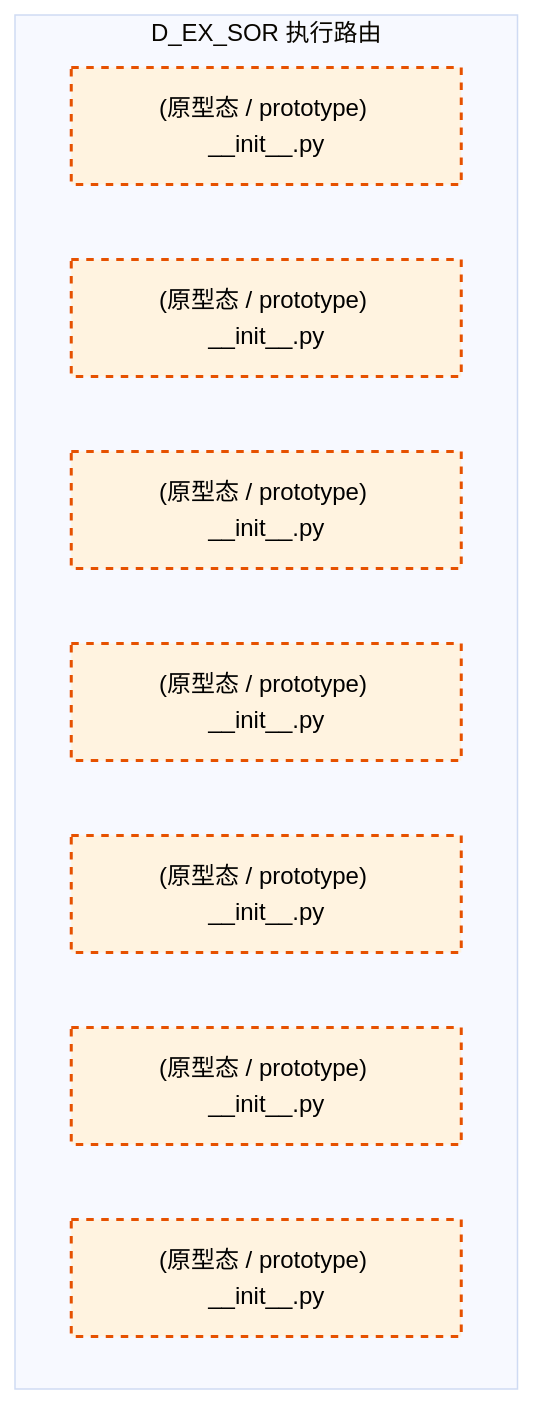
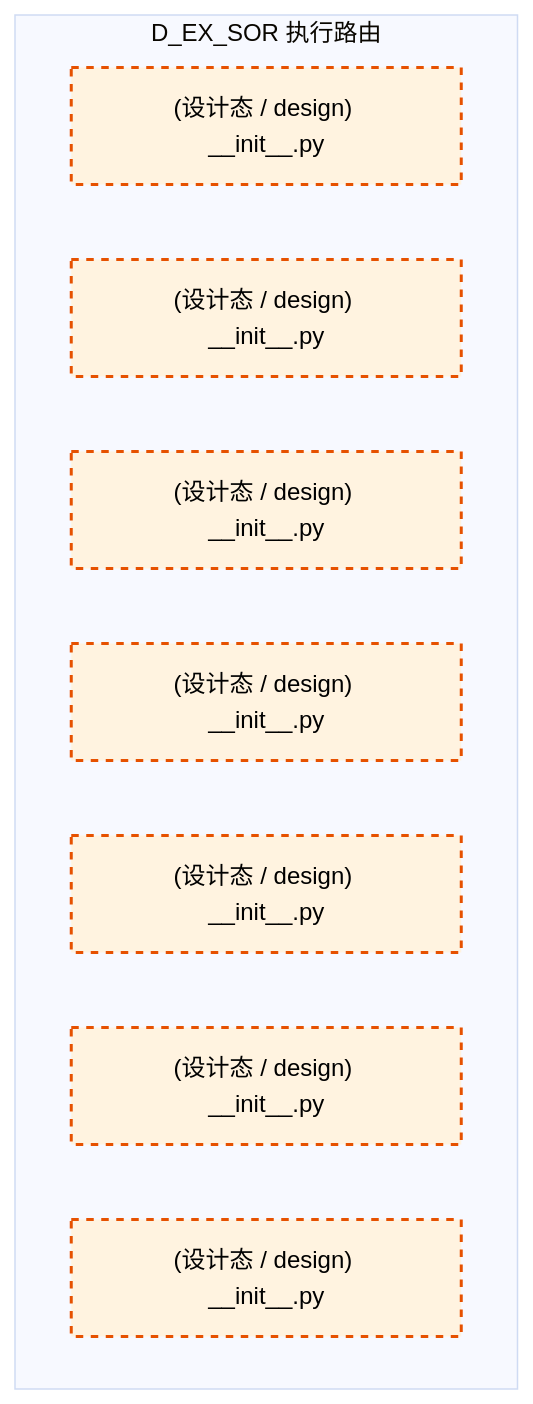
One commit to xuanFelixVan/ZephyrAlpha changed the second of 2 diagrams in docs/02_enterprise_architecture/02_domain_architecture_docs/35_d_ex_sor.md. Above: the diagram before and after it, drawn with Mermaid (base theme). The commit also changed other lines of this file and 177 other files, not shown here.

````diff
--- a/docs/02_enterprise_architecture/02_domain_architecture_docs/35_d_ex_sor.md
+++ b/docs/02_enterprise_architecture/02_domain_architecture_docs/35_d_ex_sor.md
@@ -103,17 +102,17 @@
 ```mermaid
 graph TD
     subgraph D_EX_SOR["D_EX_SOR 执行路由"]
-        src_zephyr_ex_sor_init_py["(原型态 / prototype) __init__.py"]
-        src_zephyr_ex_sor_extensions_init_py["(原型态 / prototype) __init__.py"]
-        src_zephyr_ex_sor_api_init_py["(原型态 / prototype) __init__.py"]
-        src_zephyr_ex_sor_core_init_py["(原型态 / prototype) __init__.py"]
-        src_zephyr_ex_sor_infrastructure_init_py["(原型态 / prototype) __init__.py"]
-        src_zephyr_ex_sor_models_init_py["(原型态 / prototype) __init__.py"]
-        src_zephyr_ex_sor_services_init_py["(原型态 / prototype) __init__.py"]
+        src_zephyr_ex_sor_init_py["(设计态 / design) __init__.py"]
+        src_zephyr_ex_sor_extensions_init_py["(设计态 / design) __init__.py"]
+        src_zephyr_ex_sor_api_init_py["(设计态 / design) __init__.py"]
+        src_zephyr_ex_sor_core_init_py["(设计态 / design) __init__.py"]
+        src_zephyr_ex_sor_infrastructure_init_py["(设计态 / design) __init__.py"]
+        src_zephyr_ex_sor_models_init_py["(设计态 / design) __init__.py"]
+        src_zephyr_ex_sor_services_init_py["(设计态 / design) __init__.py"]
     end
     classDef production fill:#e1f5fe,stroke:#01579b,stroke-width:2px,color:#000
     classDef design fill:#fff3e0,stroke:#e65100,stroke-width:2px,color:#000,stroke-dasharray: 5 5
     classDef external_prod fill:#e8f5e9,stroke:#1b5e20,stroke-width:1px,color:#000
     classDef external_design fill:#fce4ec,stroke:#880e4f,stroke-width:1px,color:#000,stroke-dasharray: 5 5
     class src_zephyr_ex_sor_init_py,src_zephyr_ex_sor_extensions_init_py,src_zephyr_ex_sor_api_init_py,src_zephyr_ex_sor_core_init_py,src_zephyr_ex_sor_infrastructure_init_py,src_zephyr_ex_sor_models_init_py,src_zephyr_ex_sor_services_init_py design
 ```
````
